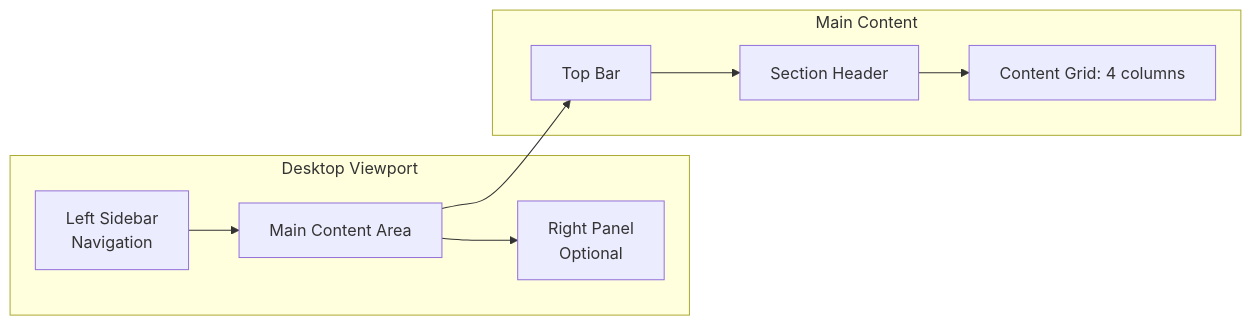
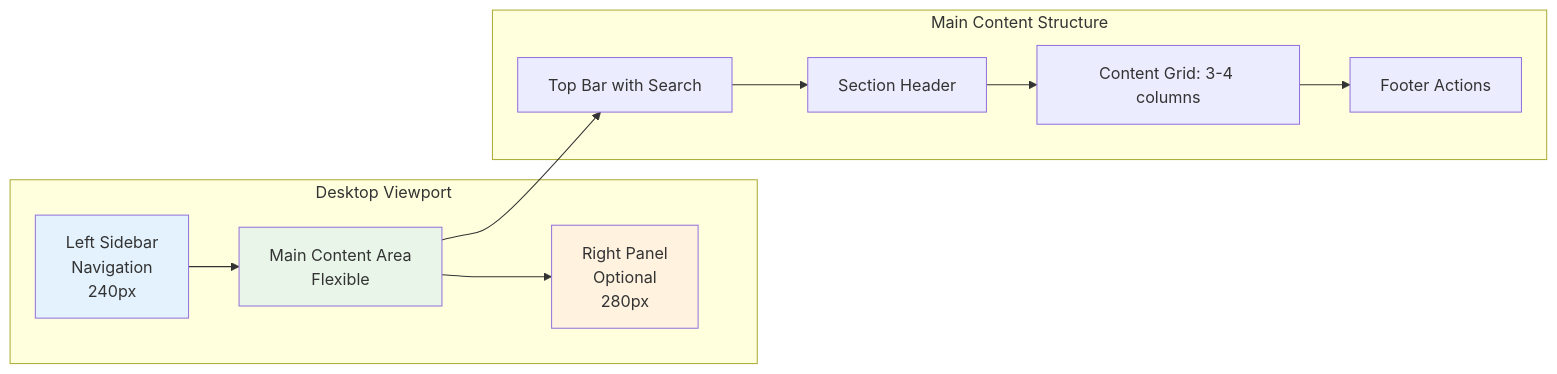
Before and after one commit to Justy6674/DSWebsite_next.js: diagram 11 of 31 in docs/patient-portal-mobile-first-redesign-prd.md, drawn with Mermaid. The commit also changed other lines of this file, not shown here.

First line of the commit message:
fix: Complete Patient Portal PRD with comprehensive mermaid diagrams

````diff
--- a/docs/patient-portal-mobile-first-redesign-prd.md
+++ b/docs/patient-portal-mobile-first-redesign-prd.md
@@ -306,21 +315,27 @@
 ```mermaid
 graph LR
     subgraph "Desktop Viewport"
-        A[Left Sidebar<br/>Navigation]
-        B[Main Content Area]
-        C[Right Panel<br/>Optional]
+        A[Left Sidebar<br/>Navigation<br/>240px]
+        B[Main Content Area<br/>Flexible]
+        C[Right Panel<br/>Optional<br/>280px]
     end
 
     A --> B
     B --> C
 
-    subgraph "Main Content"
-        D[Top Bar]
+    subgraph "Main Content Structure"
+        D[Top Bar with Search]
         E[Section Header]
-        F[Content Grid: 4 columns]
+        F[Content Grid: 3-4 columns]
+        G[Footer Actions]
     end
 
     B --> D
     D --> E
     E --> F
+    F --> G
+
+    style A fill:#e3f2fd
+    style B fill:#e8f5e8
+    style C fill:#fff3e0
 ```
````
